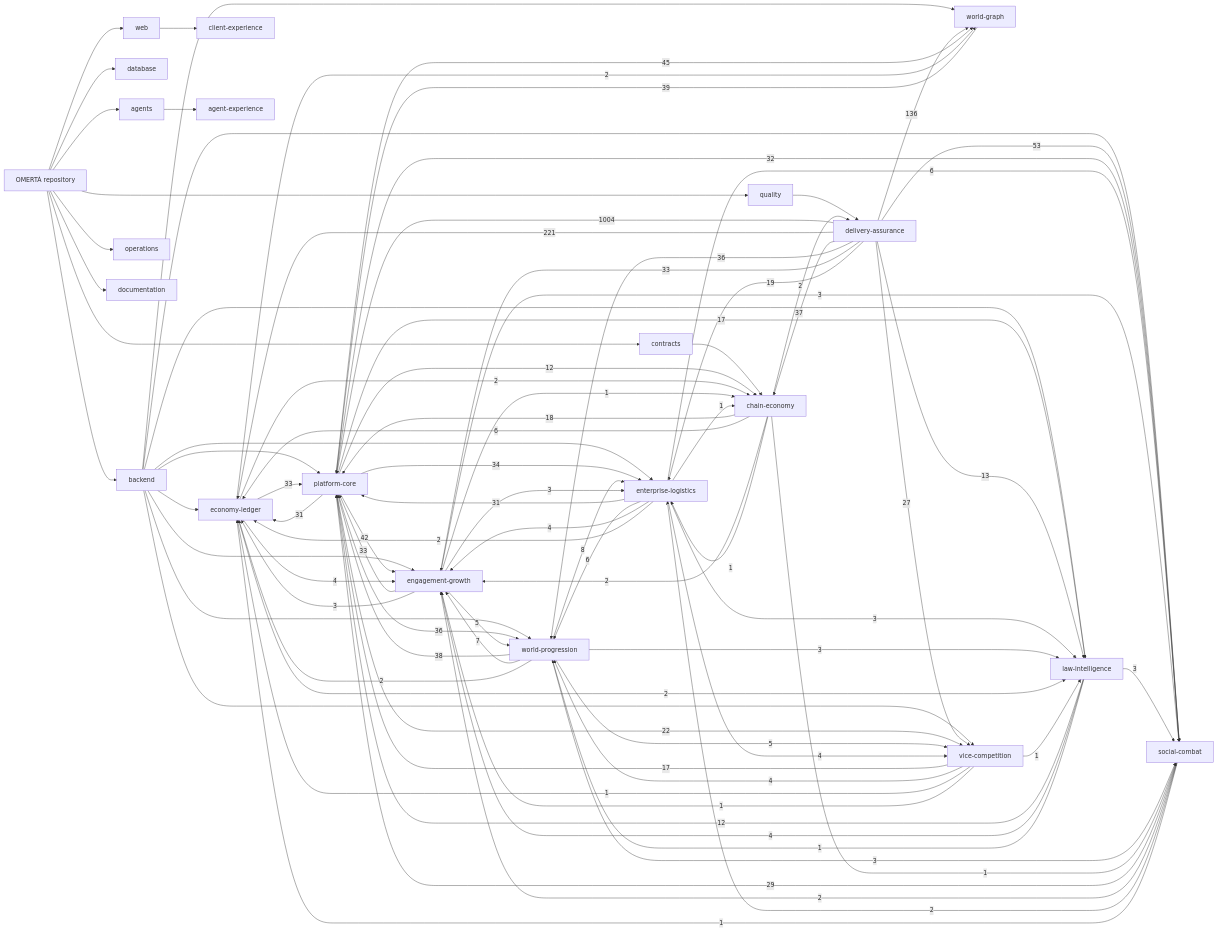
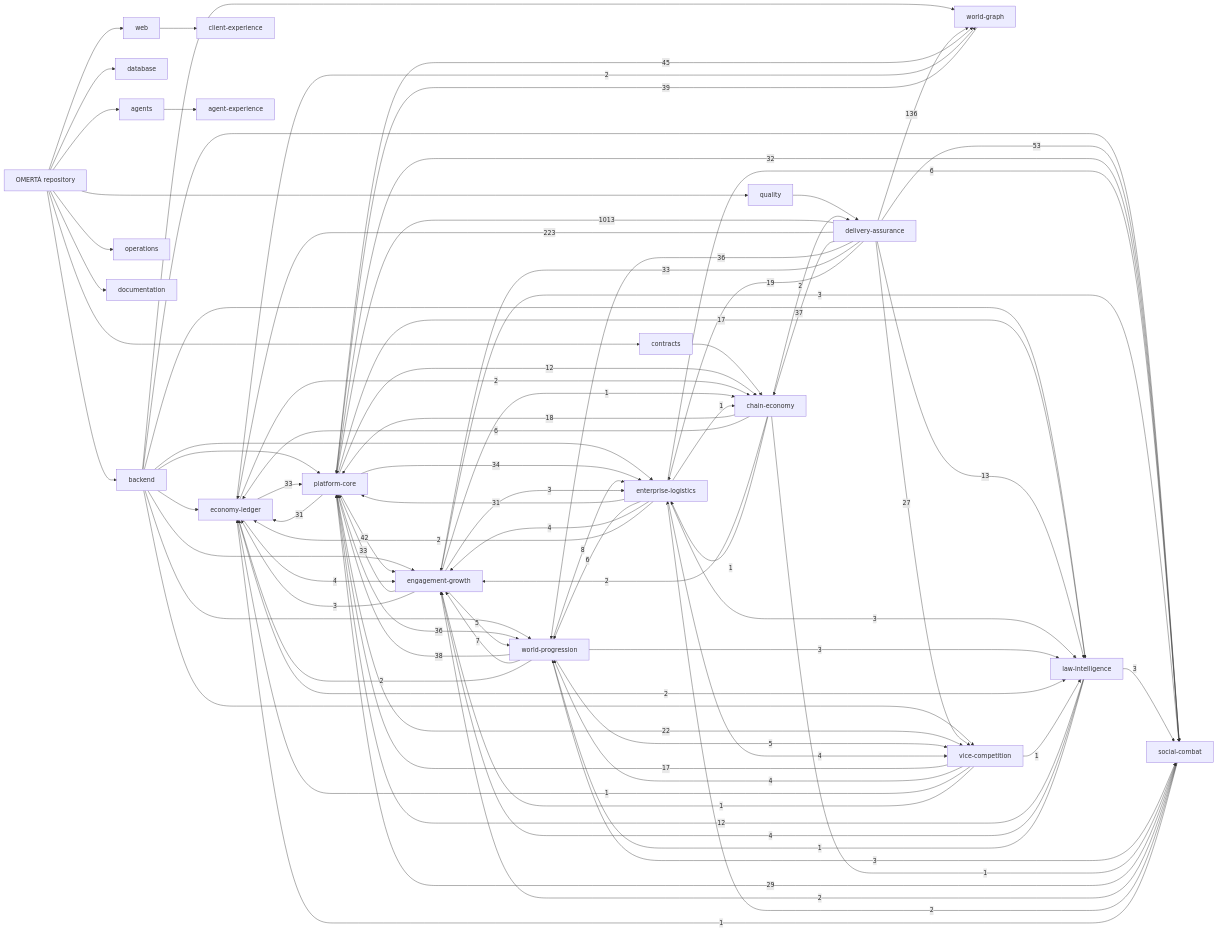
Before and after one commit to OmertaDev/Omerta: the diagram in knowledge/generated/graph.mmd, drawn with Mermaid. The commit also changed 6 other files, not shown here.

```diff
--- a/knowledge/generated/graph.mmd
+++ b/knowledge/generated/graph.mmd
@@ -1,109 +1,109 @@
 flowchart LR
   repo["OMERTÀ repository"]
   sub_backend["backend"]
   repo --> sub_backend
   sub_database["database"]
   repo --> sub_database
   sub_web["web"]
   repo --> sub_web
   sub_contracts["contracts"]
   repo --> sub_contracts
   sub_agents["agents"]
   repo --> sub_agents
   sub_quality["quality"]
   repo --> sub_quality
   sub_operations["operations"]
   repo --> sub_operations
   sub_documentation["documentation"]
   repo --> sub_documentation
   dom_platform-core["platform-core"]
   dom_economy-ledger["economy-ledger"]
   dom_social-combat["social-combat"]
   dom_world-progression["world-progression"]
   dom_world-graph["world-graph"]
   dom_enterprise-logistics["enterprise-logistics"]
   dom_vice-competition["vice-competition"]
   dom_law-intelligence["law-intelligence"]
   dom_chain-economy["chain-economy"]
   dom_engagement-growth["engagement-growth"]
   dom_client-experience["client-experience"]
   dom_agent-experience["agent-experience"]
   dom_delivery-assurance["delivery-assurance"]
   sub_agents --> dom_agent-experience
   sub_backend --> dom_economy-ledger
   sub_backend --> dom_engagement-growth
   sub_backend --> dom_enterprise-logistics
   sub_backend --> dom_law-intelligence
   sub_backend --> dom_platform-core
   sub_backend --> dom_social-combat
   sub_backend --> dom_vice-competition
   sub_backend --> dom_world-graph
   sub_backend --> dom_world-progression
   sub_contracts --> dom_chain-economy
   sub_quality --> dom_delivery-assurance
   sub_web --> dom_client-experience
-  dom_delivery-assurance -->|1004| dom_platform-core
-  dom_delivery-assurance -->|221| dom_economy-ledger
+  dom_delivery-assurance -->|1013| dom_platform-core
+  dom_delivery-assurance -->|223| dom_economy-ledger
   dom_delivery-assurance -->|136| dom_world-graph
   dom_delivery-assurance -->|53| dom_social-combat
   dom_platform-core -->|45| dom_world-graph
   dom_platform-core -->|42| dom_engagement-growth
   dom_world-graph -->|39| dom_platform-core
   dom_world-progression -->|38| dom_platform-core
   dom_delivery-assurance -->|37| dom_chain-economy
   dom_delivery-assurance -->|36| dom_world-progression
   dom_platform-core -->|36| dom_world-progression
   dom_platform-core -->|34| dom_enterprise-logistics
   dom_delivery-assurance -->|33| dom_engagement-growth
   dom_economy-ledger -->|33| dom_platform-core
   dom_engagement-growth -->|33| dom_platform-core
   dom_platform-core -->|32| dom_social-combat
   dom_enterprise-logistics -->|31| dom_platform-core
   dom_platform-core -->|31| dom_economy-ledger
   dom_social-combat -->|29| dom_platform-core
   dom_delivery-assurance -->|27| dom_vice-competition
   dom_platform-core -->|22| dom_vice-competition
   dom_delivery-assurance -->|19| dom_enterprise-logistics
   dom_chain-economy -->|18| dom_platform-core
   dom_platform-core -->|17| dom_law-intelligence
   dom_vice-competition -->|17| dom_platform-core
   dom_delivery-assurance -->|13| dom_law-intelligence
   dom_law-intelligence -->|12| dom_platform-core
   dom_platform-core -->|12| dom_chain-economy
   dom_world-progression -->|8| dom_enterprise-logistics
   dom_world-progression -->|7| dom_engagement-growth
   dom_chain-economy -->|6| dom_economy-ledger
   dom_enterprise-logistics -->|6| dom_social-combat
   dom_enterprise-logistics -->|6| dom_world-progression
   dom_engagement-growth -->|5| dom_world-progression
   dom_world-progression -->|5| dom_vice-competition
   dom_economy-ledger -->|4| dom_engagement-growth
   dom_enterprise-logistics -->|4| dom_engagement-growth
   dom_enterprise-logistics -->|4| dom_vice-competition
   dom_law-intelligence -->|4| dom_engagement-growth
   dom_vice-competition -->|4| dom_world-progression
   dom_engagement-growth -->|3| dom_economy-ledger
   dom_engagement-growth -->|3| dom_enterprise-logistics
   dom_engagement-growth -->|3| dom_social-combat
   dom_enterprise-logistics -->|3| dom_law-intelligence
   dom_law-intelligence -->|3| dom_social-combat
   dom_world-progression -->|3| dom_law-intelligence
   dom_world-progression -->|3| dom_social-combat
   dom_chain-economy -->|2| dom_delivery-assurance
   dom_chain-economy -->|2| dom_engagement-growth
   dom_economy-ledger -->|2| dom_chain-economy
   dom_economy-ledger -->|2| dom_law-intelligence
   dom_economy-ledger -->|2| dom_world-graph
   dom_enterprise-logistics -->|2| dom_economy-ledger
   dom_social-combat -->|2| dom_engagement-growth
   dom_social-combat -->|2| dom_enterprise-logistics
   dom_world-progression -->|2| dom_economy-ledger
   dom_chain-economy -->|1| dom_enterprise-logistics
   dom_chain-economy -->|1| dom_social-combat
   dom_engagement-growth -->|1| dom_chain-economy
   dom_enterprise-logistics -->|1| dom_chain-economy
   dom_law-intelligence -->|1| dom_world-progression
   dom_social-combat -->|1| dom_economy-ledger
   dom_vice-competition -->|1| dom_economy-ledger
   dom_vice-competition -->|1| dom_engagement-growth
   dom_vice-competition -->|1| dom_law-intelligence
```
